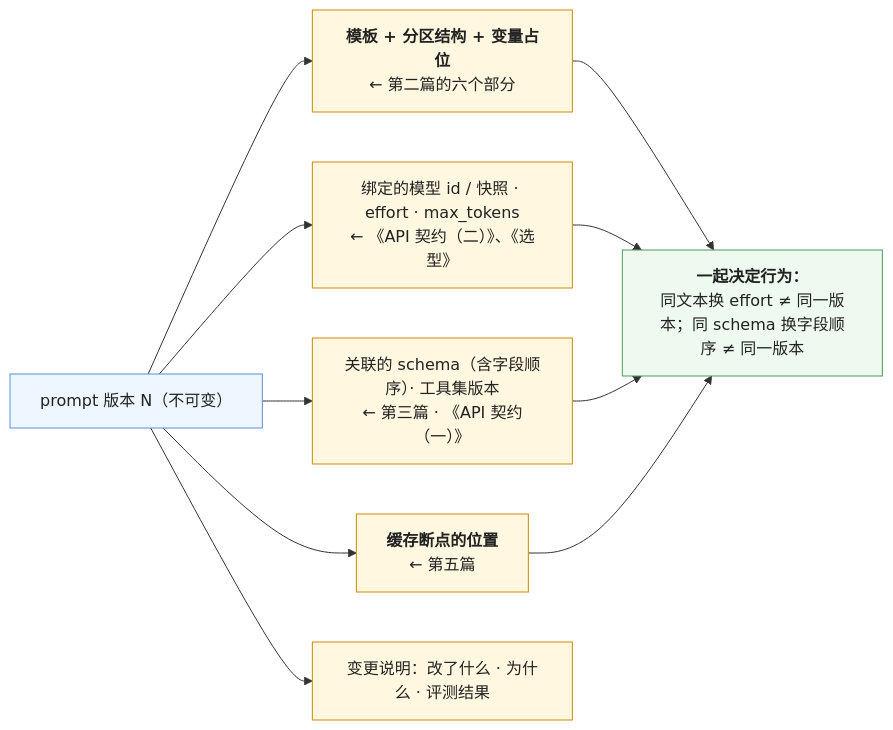
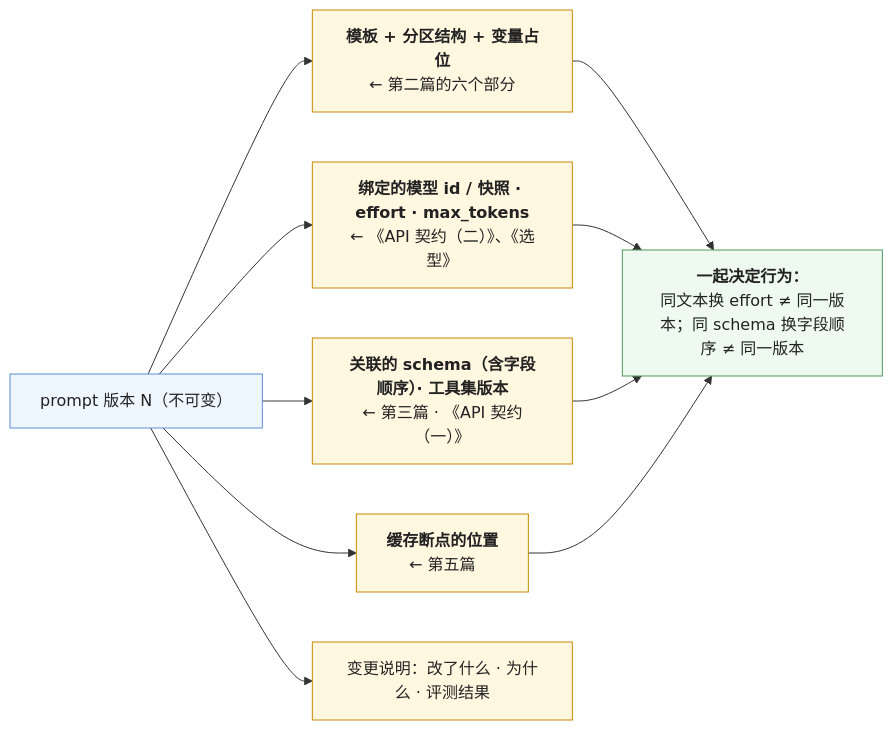
The third of 6 diagrams in _posts/2026-10-11-prompts-as-code-versioning-evals-and-context-vs-retrieval.md (arganzheng/arganzheng.github.com), drawn with Mermaid before and after one commit. The commit also changed other lines of this file and 8 other files, not shown here.

````diff
--- a/_posts/2026-10-11-prompts-as-code-versioning-evals-and-context-vs-retrieval.md
+++ b/_posts/2026-10-11-prompts-as-code-versioning-evals-and-context-vs-retrieval.md
@@ -103,17 +112,17 @@
 ```mermaid
 %% 图：一个 prompt 版本工件里有什么，各来自前面哪一篇——模板与分区（第二篇的模式）、绑定的模型快照与 effort（L1）、schema 与字段顺序（第三篇）、工具集版本、缓存断点位置（第五篇）、变更说明与评测结果；它们一起决定行为，所以一起版本化
 flowchart LR
     W["prompt 版本 N（不可变）"]
     W --> T["<b>模板 + 分区结构 + 变量占位</b><br/>← 第二篇的六个部分"]
-    W --> M["绑定的模型 id / 快照 · effort · max_tokens<br/>← 《API 契约（二）》、《选型》"]
-    W --> S["关联的 schema（含字段顺序）· 工具集版本<br/>← 第三篇 · 《API 契约（一）》"]
+    W --> M["<b>绑定的模型 id / 快照 · effort · max_tokens</b><br/>← 《API 契约（二）》、《选型》"]
+    W --> S["<b>关联的 schema（含字段顺序）· 工具集版本</b><br/>← 第三篇 · 《API 契约（一）》"]
     W --> C["<b>缓存断点的位置</b><br/>← 第五篇"]
     W --> N["变更说明：改了什么 · 为什么 · 评测结果"]
     T & M & S & C --> B["<b>一起决定行为：</b><br/>同文本换 effort ≠ 同一版本；同 schema 换字段顺序 ≠ 同一版本"]
     classDef root fill:#eef6ff,stroke:#5b8fd6,color:#222
     classDef part fill:#fff7e0,stroke:#c98a00,color:#222
     classDef n fill:#eefaf0,stroke:#4d9a5c,color:#222
     class W root
     class T,M,S,C,N part
     class B n
 ```
````
